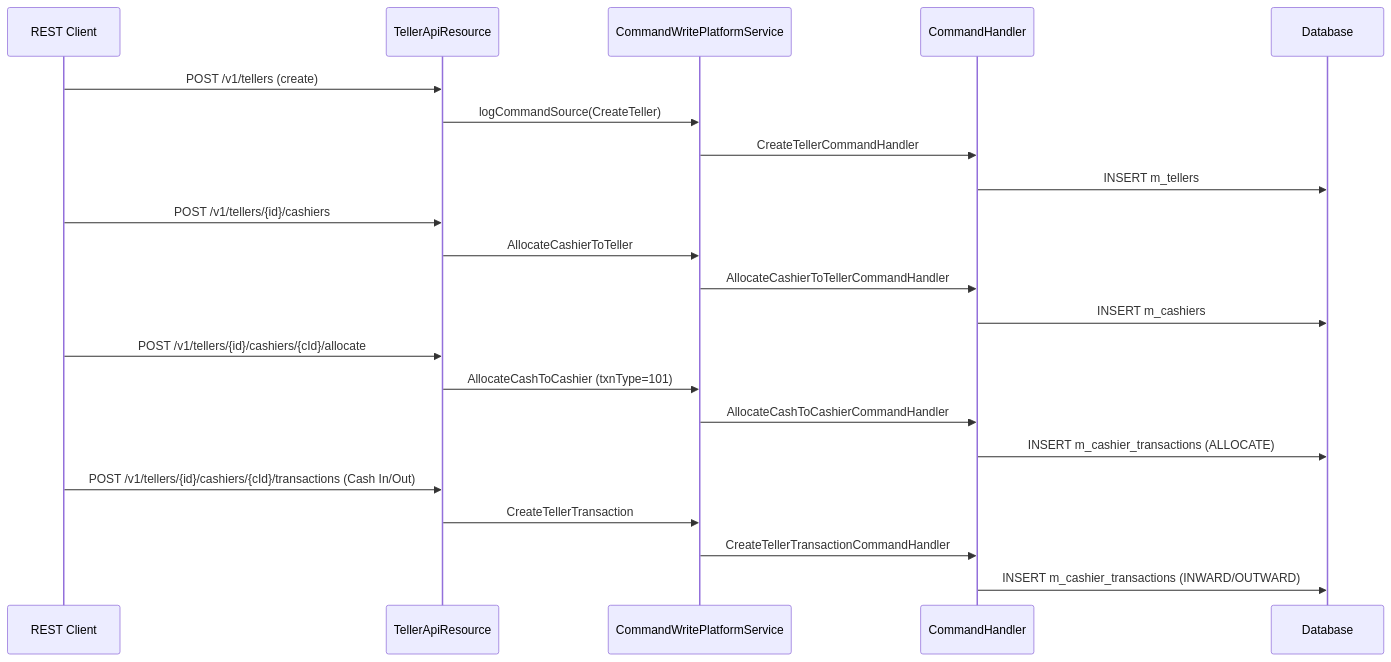
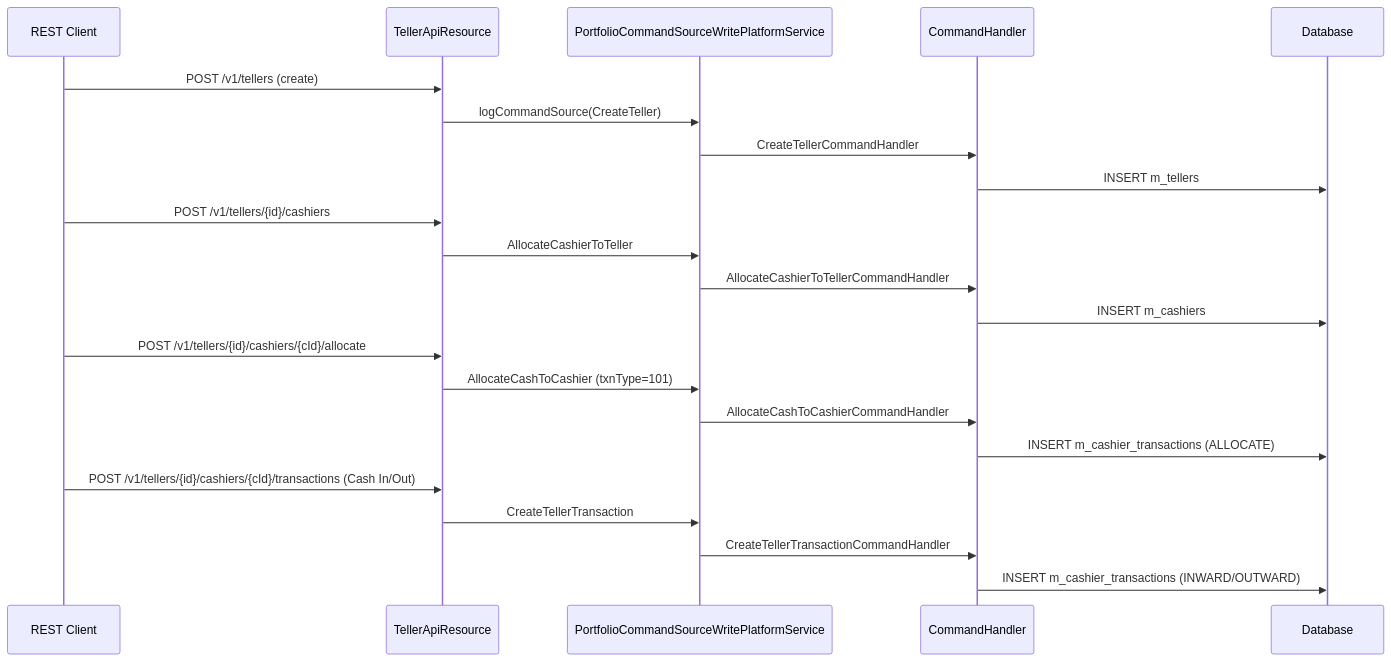
The diagram in organisation/teller-branch.mdx (mintlify-atlas/docs-wiki-9611aba1), drawn with Mermaid before and after one commit. The commit also changed other lines of this file and 25 other files, not shown here.

Commit message:
docs: review pass — accuracy audit, Mermaid fixes, orphan cleanup

````diff
--- a/organisation/teller-branch.mdx
+++ b/organisation/teller-branch.mdx
@@ -168,28 +168,28 @@
 ```mermaid
 sequenceDiagram
     participant Client as REST Client
     participant TAR as TellerApiResource
-    participant CWPS as CommandWritePlatformService
+    participant CWPS as PortfolioCommandSourceWritePlatformService
     participant Handler as CommandHandler
     participant DB as Database
 
     Client->>TAR: POST /v1/tellers (create)
     TAR->>CWPS: logCommandSource(CreateTeller)
     CWPS->>Handler: CreateTellerCommandHandler
     Handler->>DB: INSERT m_tellers
 
     Client->>TAR: POST /v1/tellers/{id}/cashiers
     TAR->>CWPS: AllocateCashierToTeller
     CWPS->>Handler: AllocateCashierToTellerCommandHandler
     Handler->>DB: INSERT m_cashiers
 
     Client->>TAR: POST /v1/tellers/{id}/cashiers/{cId}/allocate
     TAR->>CWPS: AllocateCashToCashier (txnType=101)
     CWPS->>Handler: AllocateCashToCashierCommandHandler
     Handler->>DB: INSERT m_cashier_transactions (ALLOCATE)
 
     Client->>TAR: POST /v1/tellers/{id}/cashiers/{cId}/transactions (Cash In/Out)
     TAR->>CWPS: CreateTellerTransaction
     CWPS->>Handler: CreateTellerTransactionCommandHandler
     Handler->>DB: INSERT m_cashier_transactions (INWARD/OUTWARD)
 ```
````
